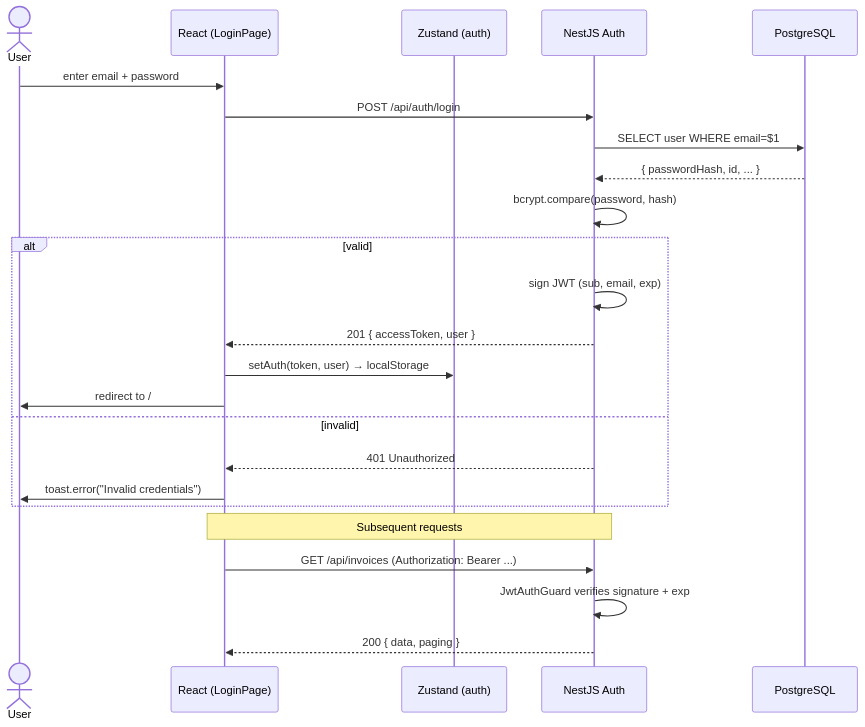
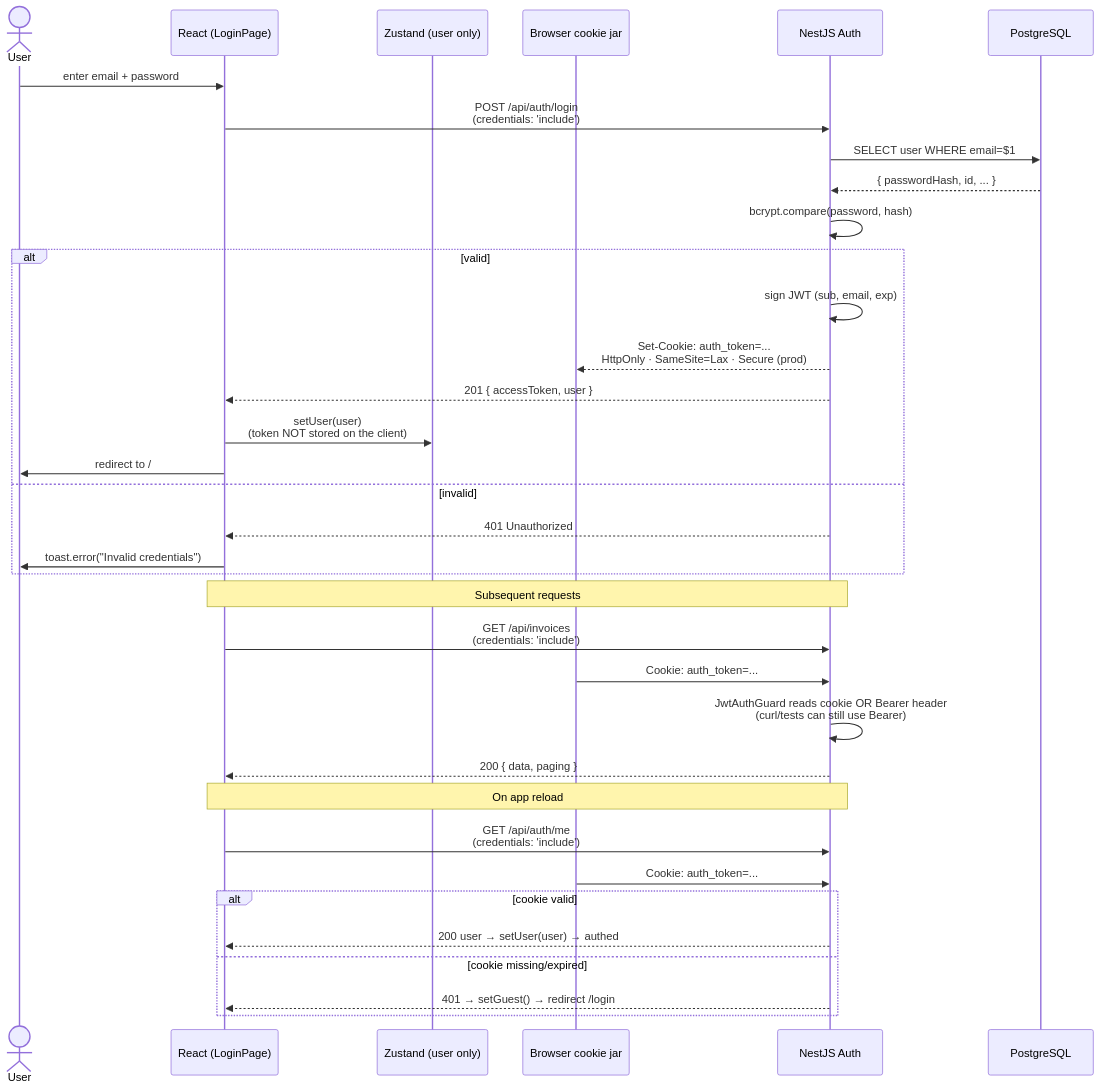
The third of 7 diagrams in README.md (to-long/101Digital-test-code), drawn with Mermaid before and after one commit. The commit also changed other lines of this file and 11 other files, not shown here.

First line of the commit message:
feat(security): move JWT from localStorage to httpOnly cookie

````diff
--- a/README.md
+++ b/README.md
@@ -161,28 +161,40 @@
 ```mermaid
 sequenceDiagram
     actor User
     participant FE as React (LoginPage)
-    participant Store as Zustand (auth)
+    participant Store as Zustand (user only)
+    participant Browser as Browser cookie jar
     participant BE as NestJS Auth
     participant DB as PostgreSQL
 
     User->>FE: enter email + password
-    FE->>BE: POST /api/auth/login
+    FE->>BE: POST /api/auth/login<br/>(credentials: 'include')
     BE->>DB: SELECT user WHERE email=$1
     DB-->>BE: { passwordHash, id, ... }
     BE->>BE: bcrypt.compare(password, hash)
     alt valid
         BE->>BE: sign JWT (sub, email, exp)
+        BE-->>Browser: Set-Cookie: auth_token=...<br/>HttpOnly · SameSite=Lax · Secure (prod)
         BE-->>FE: 201 { accessToken, user }
-        FE->>Store: setAuth(token, user) → localStorage
+        FE->>Store: setUser(user)<br/>(token NOT stored on the client)
         FE->>User: redirect to /
     else invalid
         BE-->>FE: 401 Unauthorized
         FE->>User: toast.error("Invalid credentials")
     end
 
     Note over FE,BE: Subsequent requests
-    FE->>BE: GET /api/invoices (Authorization: Bearer ...)
-    BE->>BE: JwtAuthGuard verifies signature + exp
+    FE->>BE: GET /api/invoices<br/>(credentials: 'include')
+    Browser->>BE: Cookie: auth_token=...
+    BE->>BE: JwtAuthGuard reads cookie OR Bearer header<br/>(curl/tests can still use Bearer)
     BE-->>FE: 200 { data, paging }
+
+    Note over FE,BE: On app reload
+    FE->>BE: GET /api/auth/me<br/>(credentials: 'include')
+    Browser->>BE: Cookie: auth_token=...
+    alt cookie valid
+        BE-->>FE: 200 user → setUser(user) → authed
+    else cookie missing/expired
+        BE-->>FE: 401 → setGuest() → redirect /login
+    end
 ```
````
